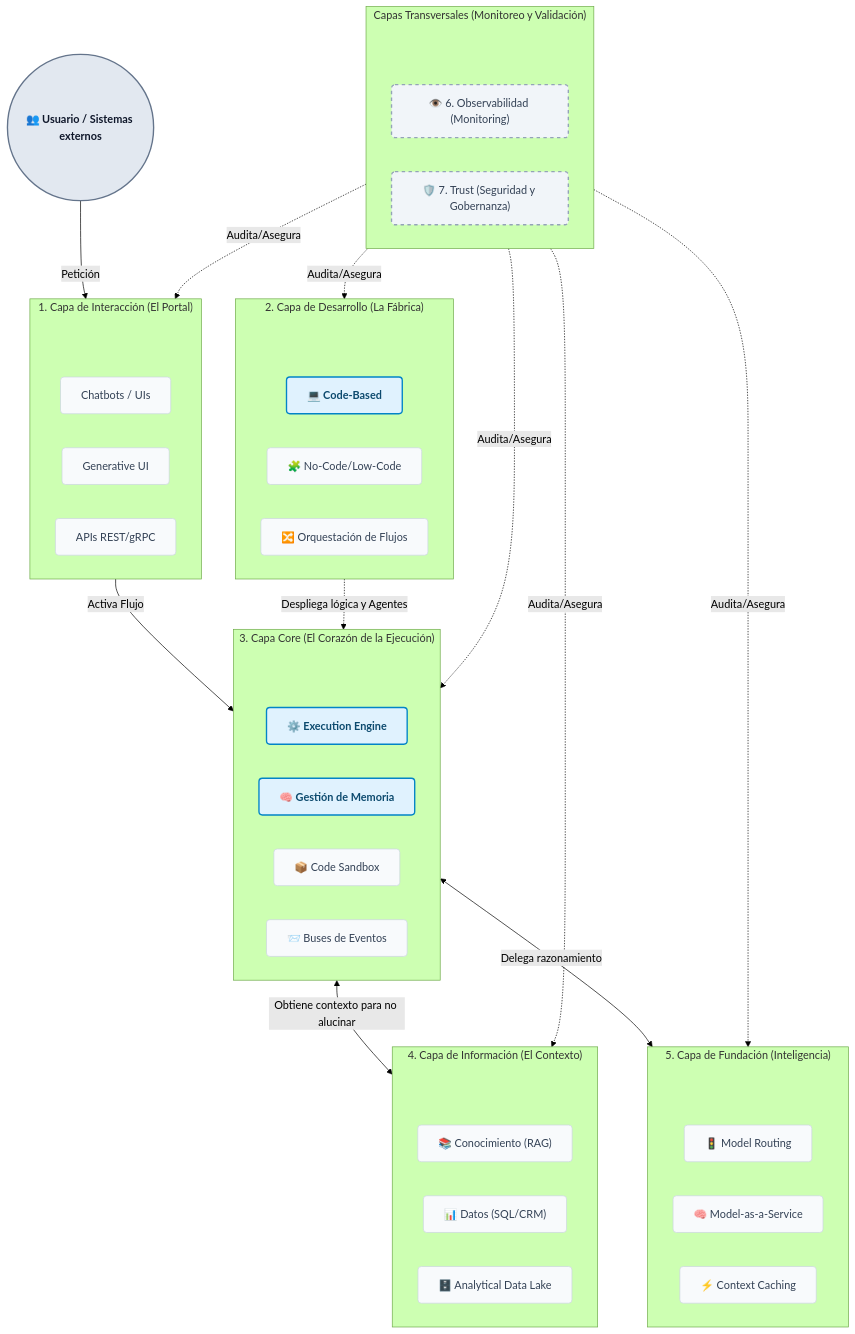
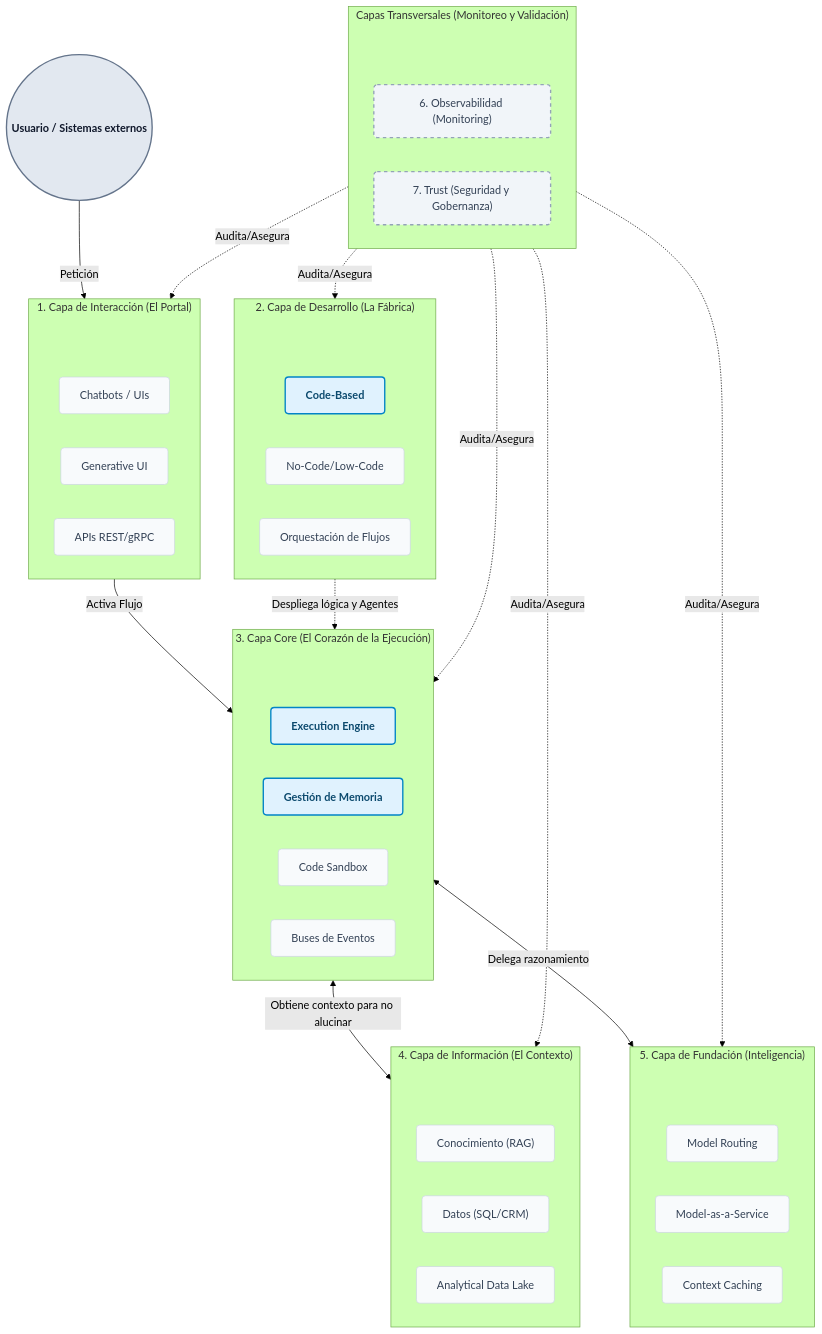
One commit to ahiguerat/openAgents changed the first of 2 diagrams in docs/architecture.md. Above: the diagram before and after it, drawn with Mermaid (forest theme). The commit also changed other lines of this file and 51 other files, not shown here.

````diff
--- a/docs/architecture.md
+++ b/docs/architecture.md
@@ -20,69 +20,69 @@
 ```mermaid
 flowchart TD
     classDef default fill:#f8fafc,stroke:#cbd5e1,stroke-width:1px,color:#334155,rx:5px,ry:5px;
     classDef user fill:#e2e8f0,stroke:#64748b,stroke-width:2px,color:#0f172a,font-weight:bold;
     classDef highlight fill:#e0f2fe,stroke:#0284c7,stroke-width:2px,color:#0c4a6e,font-weight:bold;
     classDef transversales fill:#f1f5f9,stroke:#94a3b8,stroke-width:2px,stroke-dasharray: 5 5;
     classDef spacer fill:transparent,stroke:transparent,color:transparent;
 
-    Usuario((👥 Usuario / Sistemas externos)):::user
+    Usuario((Usuario / Sistemas externos)):::user
 
     subgraph L1 ["1. Capa de Interacción (El Portal)"]
         direction LR
         _sp1["　　　　　　　　　　　　　　　　　　　　　　　"]:::spacer
         UI[Chatbots / UIs]
         GenUI[Generative UI]
         API[APIs REST/gRPC]
     end
 
     subgraph L2 ["2. Capa de Desarrollo (La Fábrica)"]
         direction LR
         _sp2["　　　　　　　　　　　　　　　　　　　　　　　"]:::spacer
-        CodeDev["💻 Code-Based"]:::highlight
-        NoCode["🧩 No-Code/Low-Code"]
-        FlowOrch["🔀 Orquestación de Flujos"]
+        CodeDev["Code-Based"]:::highlight
+        NoCode["No-Code/Low-Code"]
+        FlowOrch["Orquestación de Flujos"]
     end
 
     subgraph L3 ["3. Capa Core (El Corazón de la Ejecución)"]
         direction LR
         _sp3["　　　　　　　　　　　　　　　　　　　　　　　　　　　　　"]:::spacer
-        ExecEngine["⚙️ Execution Engine"]:::highlight
-        Memoria["🧠 Gestión de Memoria"]:::highlight
-        Sandbox["📦 Code Sandbox"]
-        EventBus["📨 Buses de Eventos"]
+        ExecEngine["Execution Engine"]:::highlight
+        Memoria["Gestión de Memoria"]:::highlight
+        Sandbox["Code Sandbox"]
+        EventBus["Buses de Eventos"]
     end
 
     subgraph L4 ["4. Capa de Información (El Contexto)"]
         direction LR
         _sp4["　　　　　　　　　　　　　　　　　　　　　　　"]:::spacer
-        RAG["📚 Conocimiento (RAG)"]
-        OpsData["📊 Datos (SQL/CRM)"]
-        DataLake["🗄️ Analytical Data Lake"]
+        RAG["Conocimiento (RAG)"]
+        OpsData["Datos (SQL/CRM)"]
+        DataLake["Analytical Data Lake"]
     end
 
     subgraph L5 ["5. Capa de Fundación (Inteligencia)"]
         direction LR
         _sp5["　　　　　　　　　　　　　　　　　　　　　　　"]:::spacer
-        Router["🚦 Model Routing"]
-        MaaS["🧠 Model-as-a-Service"]
-        Cache["⚡ Context Caching"]
+        Router["Model Routing"]
+        MaaS["Model-as-a-Service"]
+        Cache["Context Caching"]
     end
 
     subgraph Transversales ["Capas Transversales (Monitoreo y Validación)"]
         direction LR
         _sp6["　　　　　　　　　　　　　　　　　　　　　　　　　　　　　"]:::spacer
-        Obs["👁️ 6. Observabilidad (Monitoring)"]:::transversales
-        Trust["🛡️ 7. Trust (Seguridad y Gobernanza)"]:::transversales
+        Obs["6. Observabilidad (Monitoring)"]:::transversales
+        Trust["7. Trust (Seguridad y Gobernanza)"]:::transversales
     end
 
     Usuario -->|Petición| L1
     L1 -->|Activa Flujo| L3
     L2 -.->|Despliega lógica y Agentes| L3
     L3 <-->|Obtiene contexto para no alucinar| L4
     L3 <-->|Delega razonamiento| L5
     Transversales -.->|Audita/Asegura| L1
     Transversales -.->|Audita/Asegura| L2
     Transversales -.->|Audita/Asegura| L3
     Transversales -.->|Audita/Asegura| L4
     Transversales -.->|Audita/Asegura| L5
 ```
````
